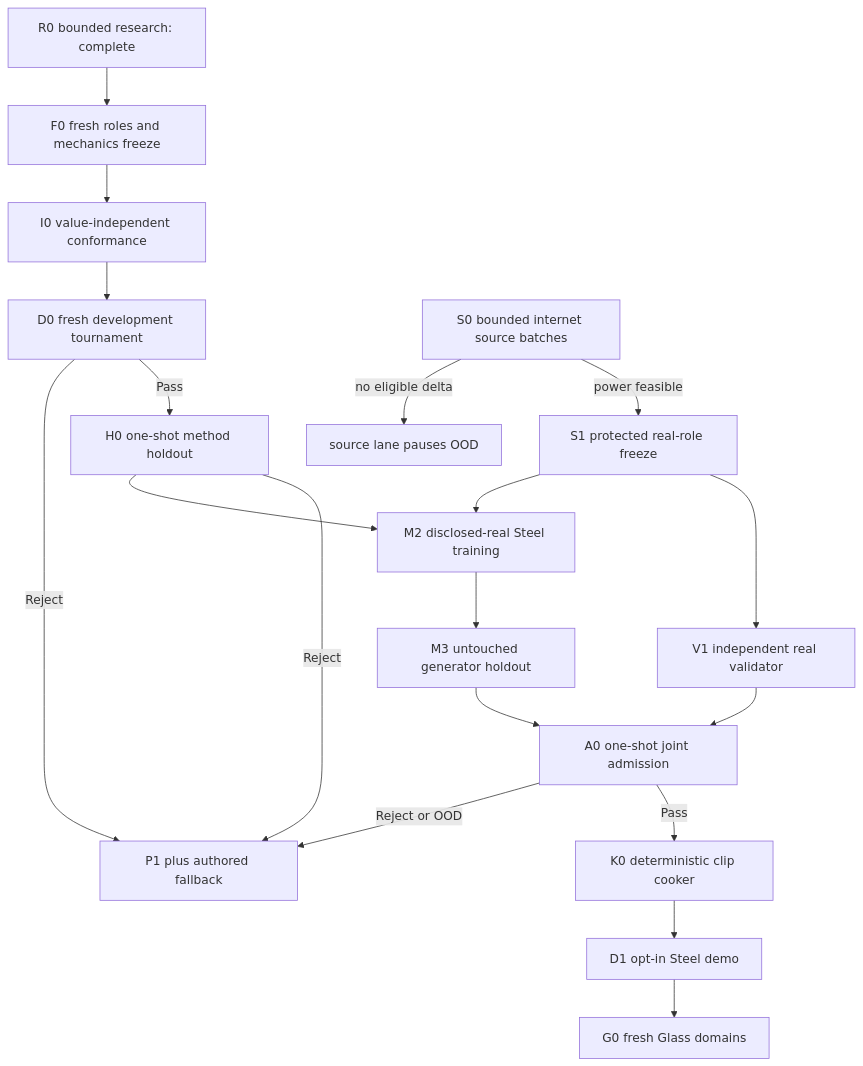
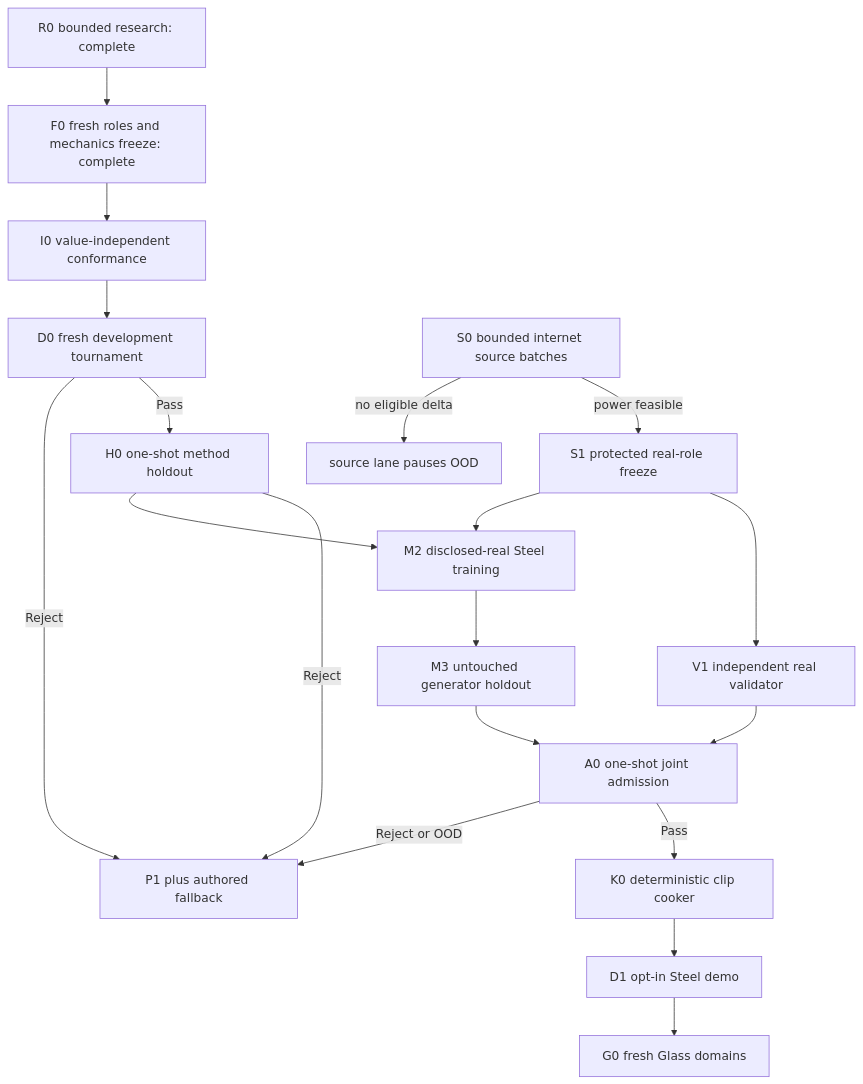
The diagram in docs/plans/physical-sound-synthesis-roadmap-v33.md (kaifaty/NextEngine), drawn with Mermaid before and after one commit. The commit also changed other lines of this file and 7 other files, not shown here.

Commit message:
feat(sound): freeze V33 F0 spectral roles

````diff
--- a/docs/plans/physical-sound-synthesis-roadmap-v33.md
+++ b/docs/plans/physical-sound-synthesis-roadmap-v33.md
@@ -132,23 +135,23 @@
 ```mermaid
 flowchart TD
-    R0["R0 bounded research: complete"] --> F0["F0 fresh roles and mechanics freeze"]
+    R0["R0 bounded research: complete"] --> F0["F0 fresh roles and mechanics freeze: complete"]
     F0 --> I0["I0 value-independent conformance"]
     I0 --> D0["D0 fresh development tournament"]
     D0 -->|"Pass"| H0["H0 one-shot method holdout"]
     D0 -->|"Reject"| GF["P1 plus authored fallback"]
     H0 -->|"Reject"| GF
 
     S0["S0 bounded internet source batches"] -->|"power feasible"| S1["S1 protected real-role freeze"]
     S0 -->|"no eligible delta"| SOOD["source lane pauses OOD"]
 
     S1 --> V1["V1 independent real validator"]
     S1 --> M2["M2 disclosed-real Steel training"]
     H0 --> M2
     M2 --> M3["M3 untouched generator holdout"]
     V1 --> A0["A0 one-shot joint admission"]
     M3 --> A0
     A0 -->|"Pass"| K0["K0 deterministic clip cooker"]
     A0 -->|"Reject or OOD"| GF
     K0 --> D1["D1 opt-in Steel demo"]
     D1 --> G0["G0 fresh Glass domains"]
 ```
````
